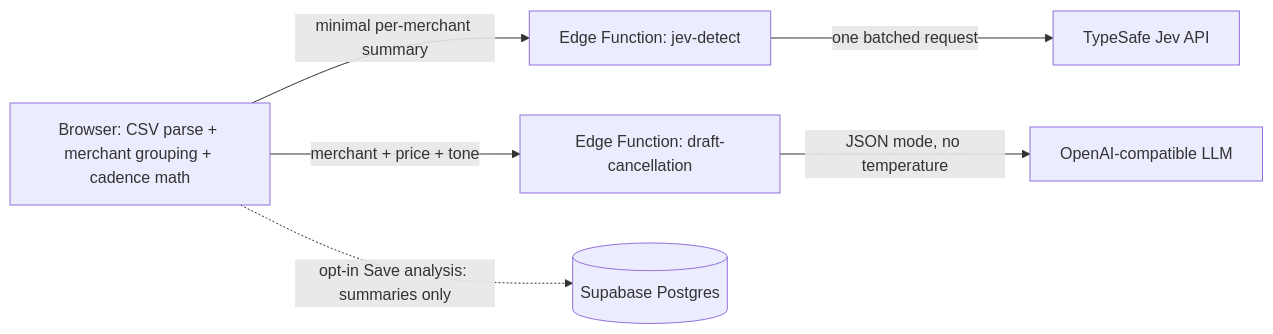
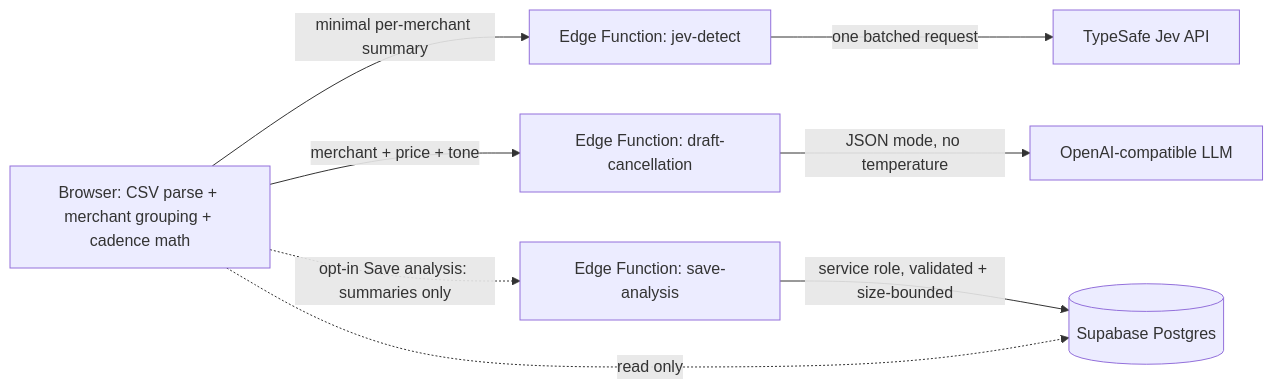
The diagram in README.md (royharden/subscription-detective), drawn with Mermaid before and after one commit. The commit also changed other lines of this file and 7 other files, not shown here.

````diff
--- a/README.md
+++ b/README.md
@@ -17,8 +17,10 @@
 ```mermaid
 flowchart LR
     A[Browser: CSV parse + merchant grouping + cadence math] -->|minimal per-merchant summary| B[Edge Function: jev-detect]
     A -->|merchant + price + tone| C[Edge Function: draft-cancellation]
     B -->|one batched request| D[TypeSafe Jev API]
     C -->|JSON mode, no temperature| E[OpenAI-compatible LLM]
-    A -.->|opt-in Save analysis: summaries only| F[(Supabase Postgres)]
+    A -.->|opt-in Save analysis: summaries only| G[Edge Function: save-analysis]
+    G -->|service role, validated + size-bounded| F[(Supabase Postgres)]
+    A -.->|read only| F
 ```
````
